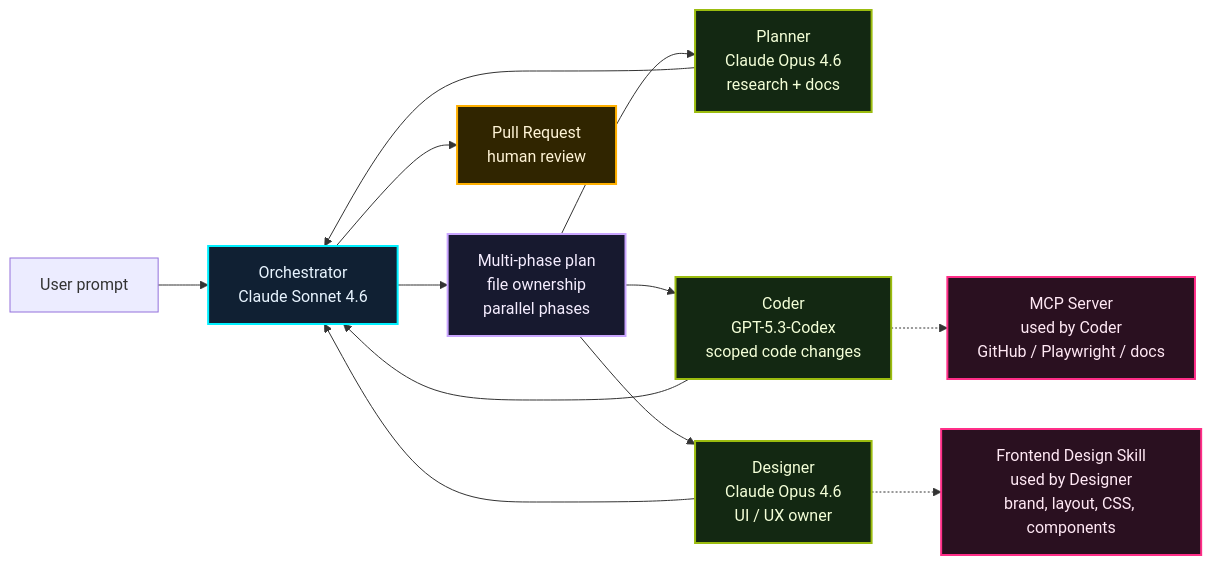
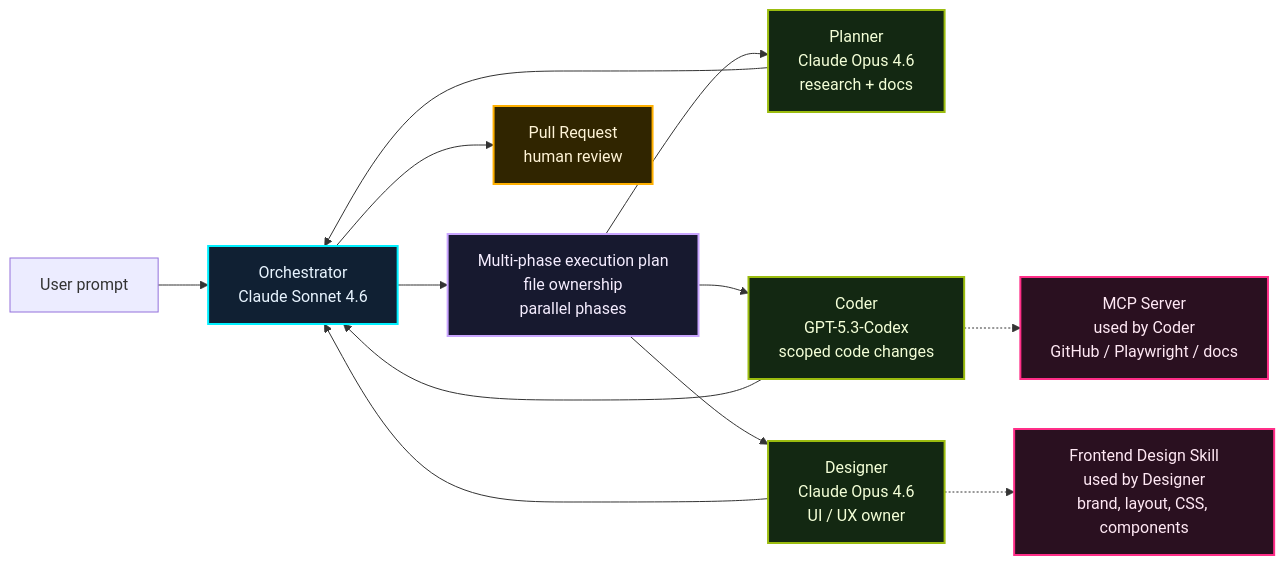
One commit to theomonfort/theomonfort changed the diagram in src/content/glossary/harness-engineering.md. Above: the diagram before and after it, drawn with Mermaid. The commit also changed other lines of this file, not shown here.

Commit message:
Rename Ultralight execution plan wording

````diff
--- a/src/content/glossary/harness-engineering.md
+++ b/src/content/glossary/harness-engineering.md
@@ -95,28 +95,28 @@
 ```mermaid
 flowchart LR
   User[User prompt] --> O[Orchestrator<br/>Claude Sonnet 4.6]
 
-  O --> Plan[Multi-phase plan<br/>file ownership<br/>parallel phases]
+  O --> Plan[Multi-phase execution plan<br/>file ownership<br/>parallel phases]
   Plan --> P[Planner<br/>Claude Opus 4.6<br/>research + docs]
   Plan --> C[Coder<br/>GPT-5.3-Codex<br/>scoped code changes]
   Plan --> D[Designer<br/>Claude Opus 4.6<br/>UI / UX owner]
 
   D -.-> S[Frontend Design Skill<br/>used by Designer<br/>brand, layout, CSS, components]
   C -.-> M[MCP Server<br/>used by Coder<br/>GitHub / Playwright / docs]
 
   P --> O
   C --> O
   D --> O
   O --> R[Pull Request<br/>human review]
 
   classDef host fill:#102033,stroke:#00f0ff,color:#e8f4ff,stroke-width:2px;
   classDef plan fill:#17192f,stroke:#c9a5ff,color:#f5edff,stroke-width:2px;
   classDef agent fill:#132812,stroke:#9bbc0f,color:#f4ffd8,stroke-width:2px;
   classDef harness fill:#2a1020,stroke:#ff2e88,color:#ffe8f4,stroke-width:2px;
   classDef ship fill:#302500,stroke:#ffb000,color:#fff4d6,stroke-width:2px;
   class O host;
   class Plan plan;
   class P,C,D agent;
   class S,M harness;
   class R ship;
 ```
````
